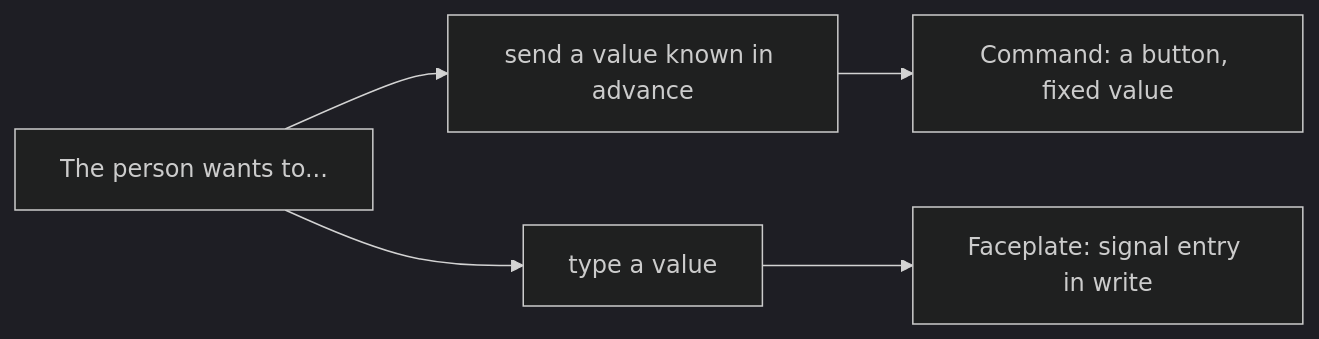
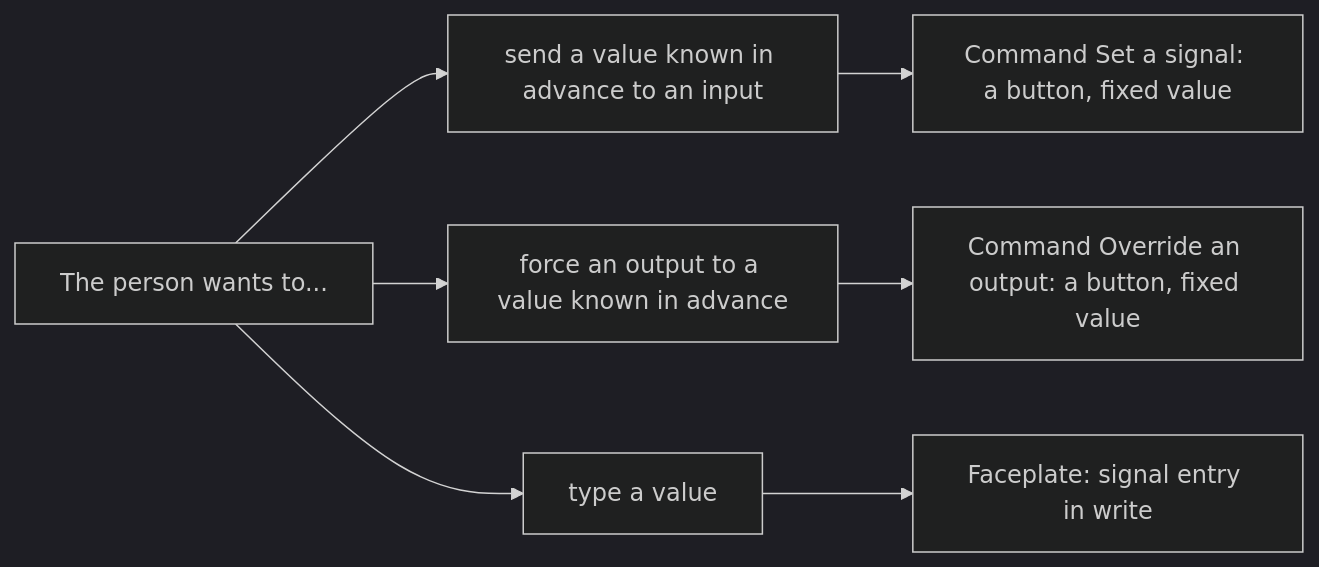
One commit to AlexandreGallais/synoptic-studio-spec changed the second of 3 diagrams in metadata/07-commands.md. Above: the diagram before and after it, drawn with Mermaid (dark theme). The commit also changed other lines of this file and 11 other files, not shown here.

````diff
--- a/metadata/07-commands.md
+++ b/metadata/07-commands.md
@@ -51,5 +57,6 @@
 ```mermaid
 flowchart LR
-    W["The person wants to..."] --> A["send a value known in advance"] --> CM["Command: a button, fixed value"]
+    W["The person wants to..."] --> A["send a value known in advance to an input"] --> CM["Command Set a signal: a button, fixed value"]
+    W --> O["force an output to a value known in advance"] --> CO["Command Override an output: a button, fixed value"]
     W --> B["type a value"] --> FP["Faceplate: signal entry in write"]
 ```
````
